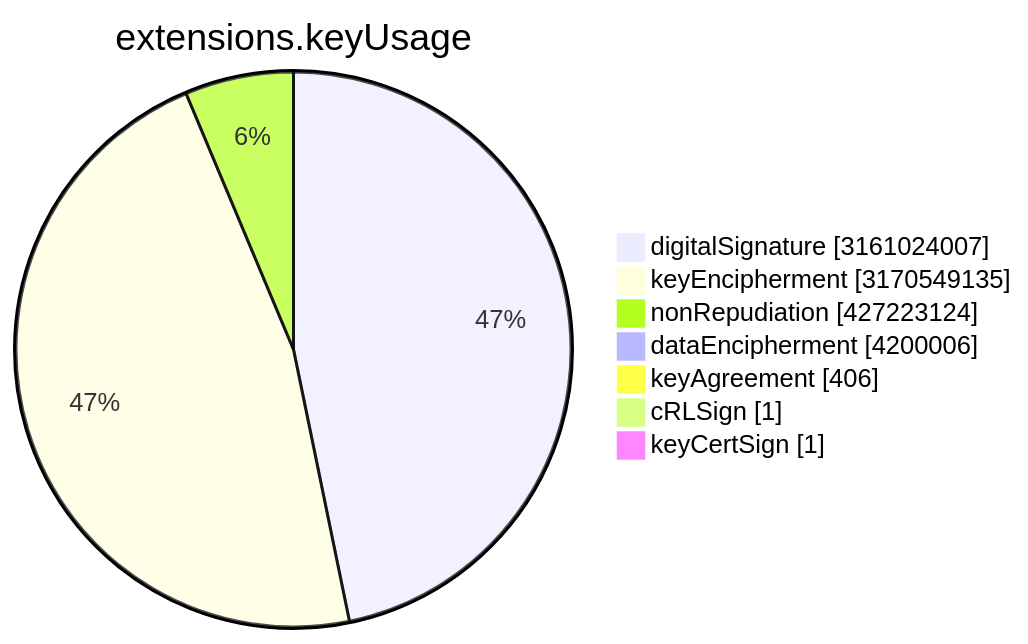
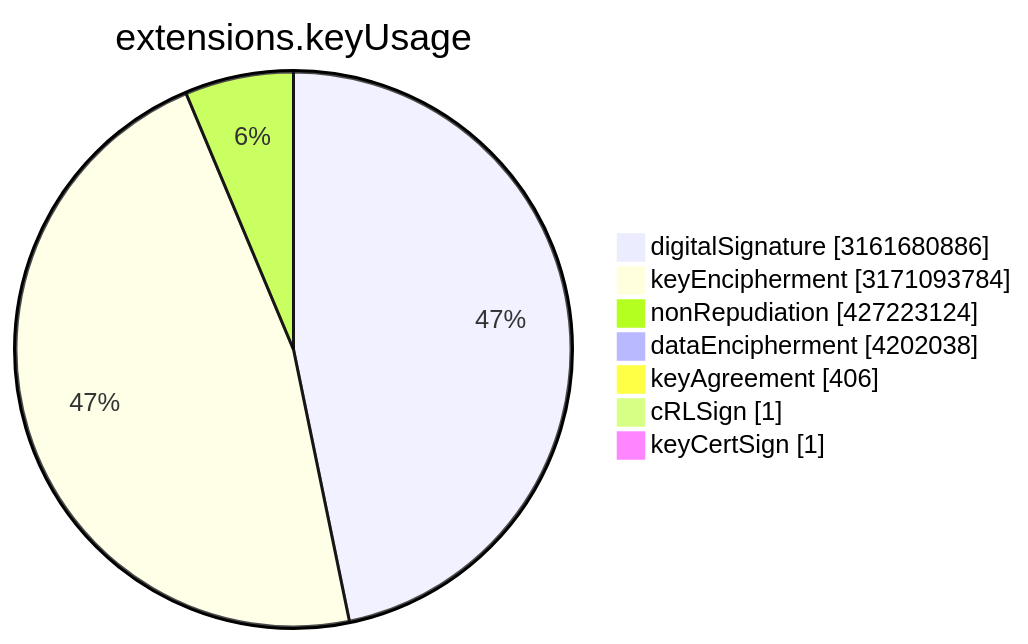
One commit to christiankrug/ctmonitor_visualization changed the sixth of 15 diagrams in TOTAL/README.md. Above: the diagram before and after it, drawn with Mermaid. The commit also changed other lines of this file, not shown here.

````diff
--- a/TOTAL/README.md
+++ b/TOTAL/README.md
@@ -3077,11 +3077,11 @@
 ```mermaid
 pie showData
 title extensions.keyUsage
-"digitalSignature" :3161024007
-"keyEncipherment" :3170549135
+"digitalSignature" :3161680886
+"keyEncipherment" :3171093784
 "nonRepudiation" :427223124
-"dataEncipherment" :4200006
+"dataEncipherment" :4202038
 "keyAgreement" :406
 "cRLSign" :1
 "keyCertSign" :1
 ```
````
